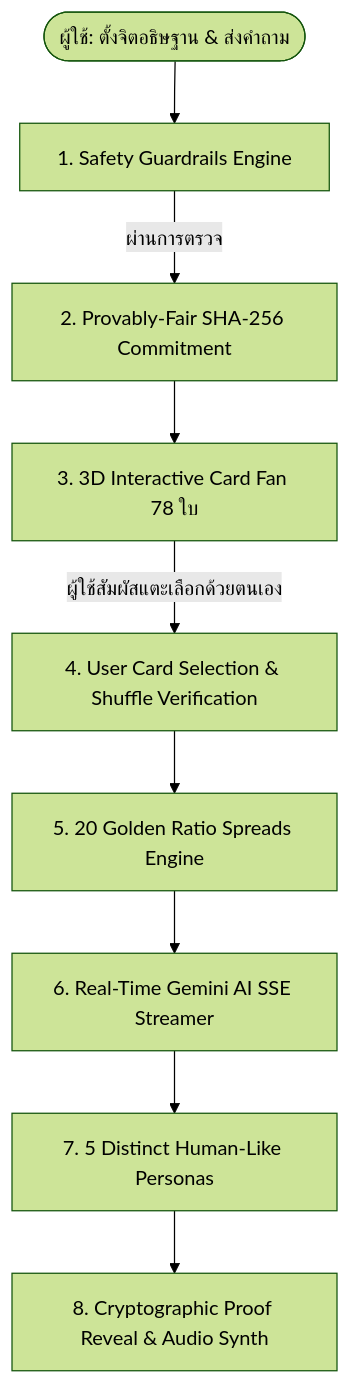
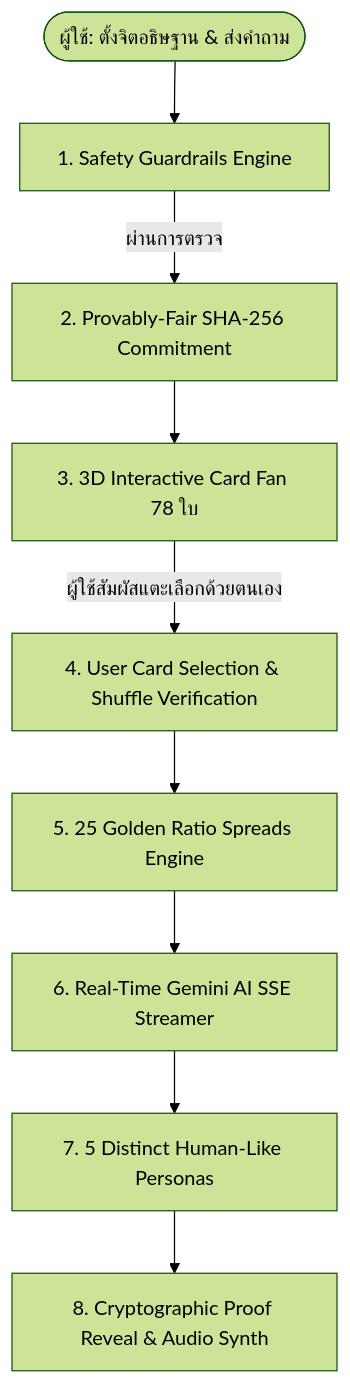
Before and after one commit to luminuy/tarot-web: the first of 2 diagrams in docs/ARCHITECTURE.md, drawn with Mermaid (forest theme). The commit also changed other lines of this file and 7 other files, not shown here.

First line of the commit message:
docs(docs)[Antigravity]: synchronize all master documentation to reflect Astro hybrid architecture and latest quality standards

````diff
--- a/docs/ARCHITECTURE.md
+++ b/docs/ARCHITECTURE.md
@@ -9,11 +9,11 @@
 ```mermaid
 graph TD
     User([ผู้ใช้: ตั้งจิตอธิษฐาน & ส่งคำถาม]) --> Safety[1. Safety Guardrails Engine]
     Safety -->|ผ่านการตรวจ| Commit[2. Provably-Fair SHA-256 Commitment]
     Commit --> Fan[3. 3D Interactive Card Fan 78 ใบ]
     Fan -->|ผู้ใช้สัมผัสแตะเลือกด้วยตนเอง| Pick[4. User Card Selection & Shuffle Verification]
-    Pick --> Spread[5. 20 Golden Ratio Spreads Engine]
+    Pick --> Spread[5. 25 Golden Ratio Spreads Engine]
     Spread --> AI[6. Real-Time Gemini AI SSE Streamer]
     AI --> Persona[7. 5 Distinct Human-Like Personas]
     Persona --> Reveal[8. Cryptographic Proof Reveal & Audio Synth]
 ```
````
